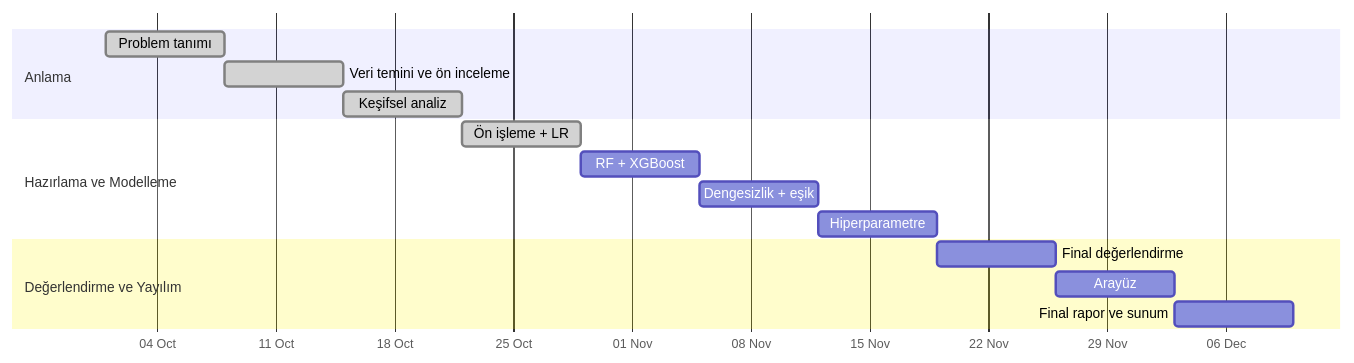
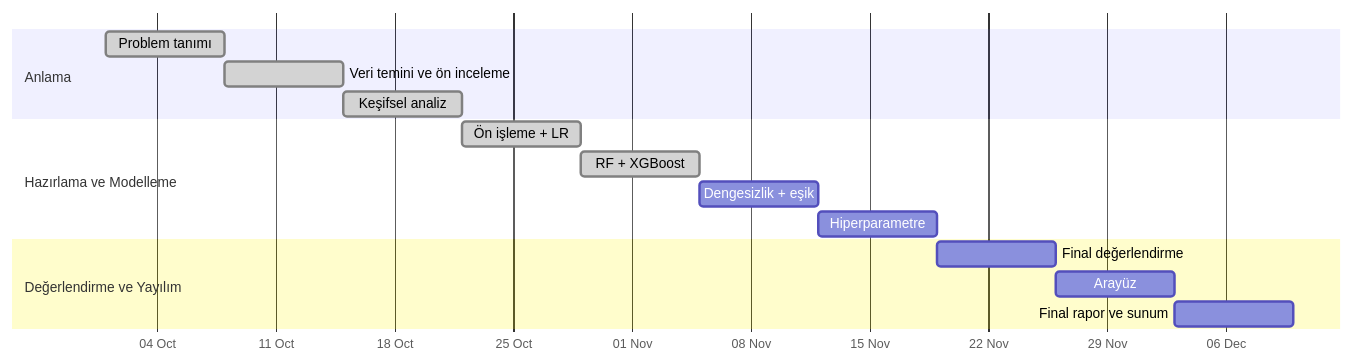
One commit to mustafaemre027/bank-predict changed the diagram in docs/yol_haritasi.md. Above: the diagram before and after it, drawn with Mermaid. The commit also changed other lines of this file and 3 other files, not shown here.

````diff
--- a/docs/yol_haritasi.md
+++ b/docs/yol_haritasi.md
@@ -21,18 +21,18 @@
 ```mermaid
 gantt
     dateFormat YYYY-MM-DD
     axisFormat %d %b
     section Anlama
     Problem tanımı               :done, h1, 2026-10-01, 7d
     Veri temini ve ön inceleme   :done, h2, after h1, 7d
     Keşifsel analiz              :done, h3, after h2, 7d
     section Hazırlama ve Modelleme
     Ön işleme + LR               :done, h4, after h3, 7d
-    RF + XGBoost                 :h5, after h4, 7d
+    RF + XGBoost                 :done, h5, after h4, 7d
     Dengesizlik + eşik           :h6, after h5, 7d
     Hiperparametre               :h7, after h6, 7d
     section Değerlendirme ve Yayılım
     Final değerlendirme          :h8, after h7, 7d
     Arayüz                       :h9, after h8, 7d
     Final rapor ve sunum         :h10, after h9, 7d
 ```
````
